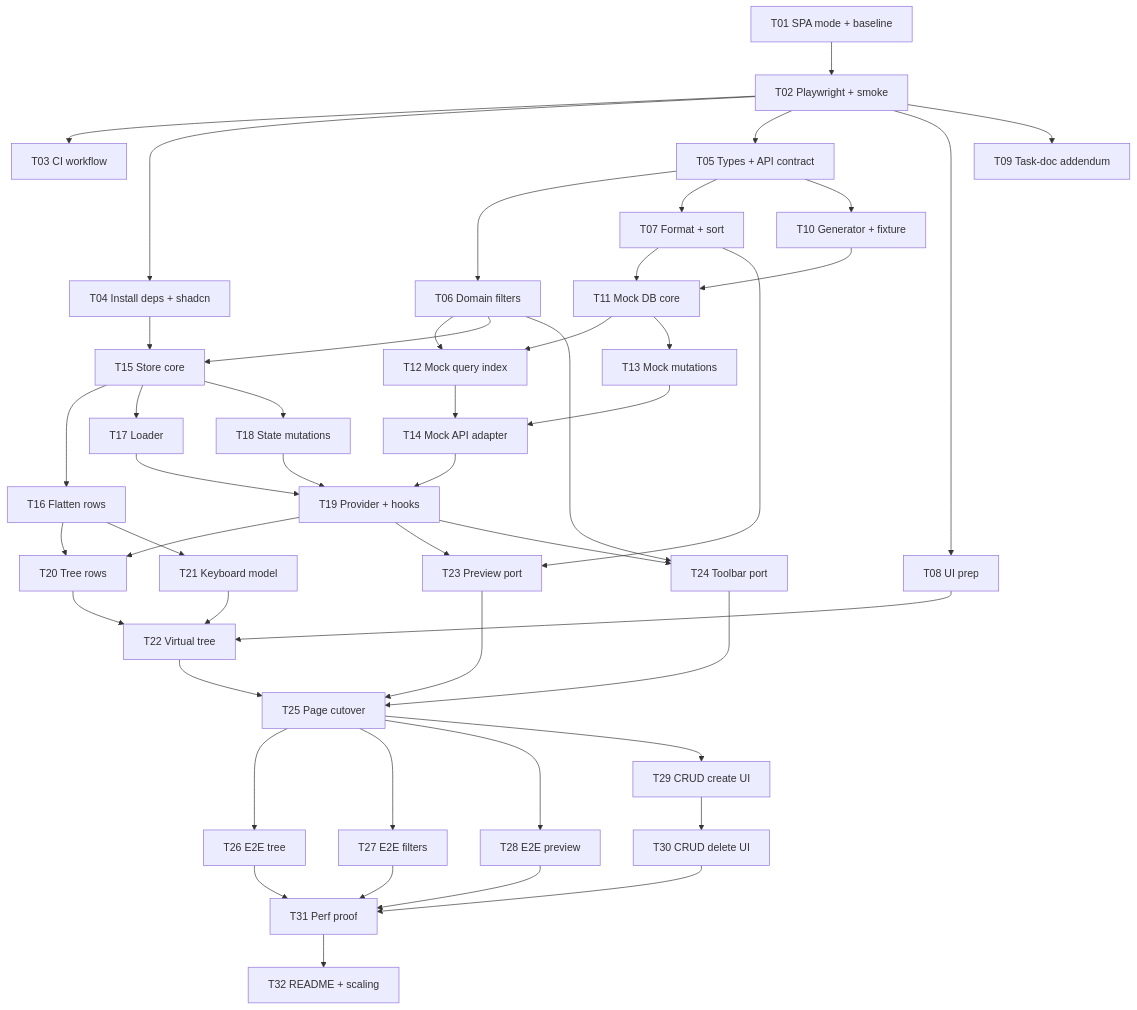
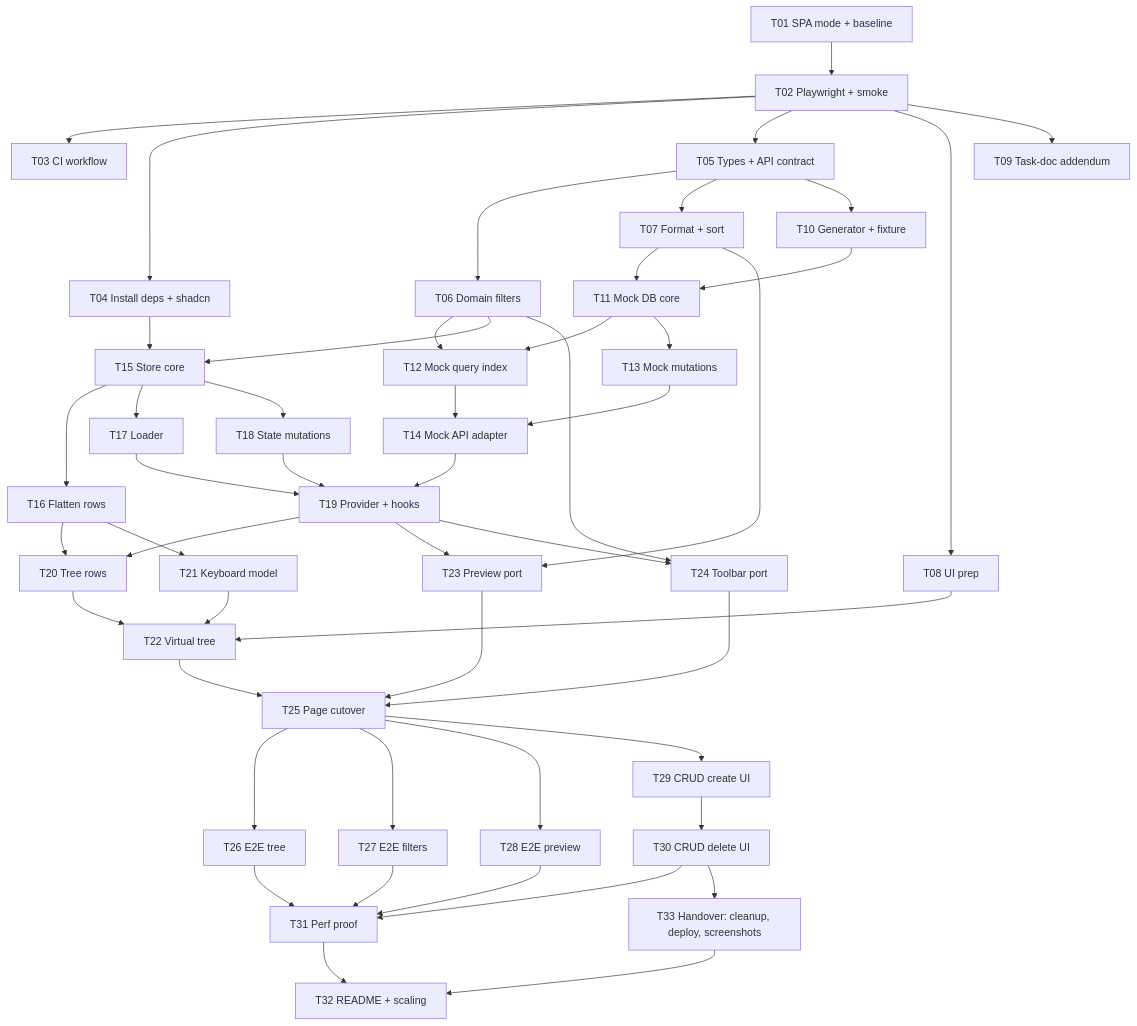
One commit to itays/bindecy-interview changed the diagram in tasks.md. Above: the diagram before and after it, drawn with Mermaid. The commit also changed other lines of this file and 1 other file, not shown here.

Commit message:
Tasks: Add T33 (handover: cleanup, Cloudflare deploy, screenshots) and expand T32

````diff
--- a/tasks.md
+++ b/tasks.md
@@ -49,50 +49,52 @@
 ```mermaid
 flowchart TD
   T01[T01 SPA mode + baseline] --> T02[T02 Playwright + smoke]
   T02 --> T03[T03 CI workflow]
   T02 --> T04[T04 Install deps + shadcn]
   T02 --> T05[T05 Types + API contract]
   T02 --> T08[T08 UI prep]
   T02 --> T09[T09 Task-doc addendum]
   T05 --> T06[T06 Domain filters]
   T05 --> T07[T07 Format + sort]
   T05 --> T10[T10 Generator + fixture]
   T07 --> T11[T11 Mock DB core]
   T10 --> T11
   T06 --> T12[T12 Mock query index]
   T11 --> T12
   T11 --> T13[T13 Mock mutations]
   T12 --> T14[T14 Mock API adapter]
   T13 --> T14
   T04 --> T15[T15 Store core]
   T06 --> T15
   T15 --> T16[T16 Flatten rows]
   T15 --> T17[T17 Loader]
   T15 --> T18[T18 State mutations]
   T14 --> T19[T19 Provider + hooks]
   T17 --> T19
   T18 --> T19
   T16 --> T20[T20 Tree rows]
   T19 --> T20
   T16 --> T21[T21 Keyboard model]
   T08 --> T22[T22 Virtual tree]
   T20 --> T22
   T21 --> T22
   T07 --> T23[T23 Preview port]
   T19 --> T23
   T06 --> T24[T24 Toolbar port]
   T19 --> T24
   T22 --> T25[T25 Page cutover]
   T23 --> T25
   T24 --> T25
   T25 --> T26[T26 E2E tree]
   T25 --> T27[T27 E2E filters]
   T25 --> T28[T28 E2E preview]
   T25 --> T29[T29 CRUD create UI]
   T29 --> T30[T30 CRUD delete UI]
   T26 --> T31[T31 Perf proof]
   T27 --> T31
   T28 --> T31
   T30 --> T31
   T31 --> T32[T32 README + scaling]
+  T30 --> T33[T33 Handover: cleanup, deploy, screenshots]
+  T33 --> T32
 ```
````
